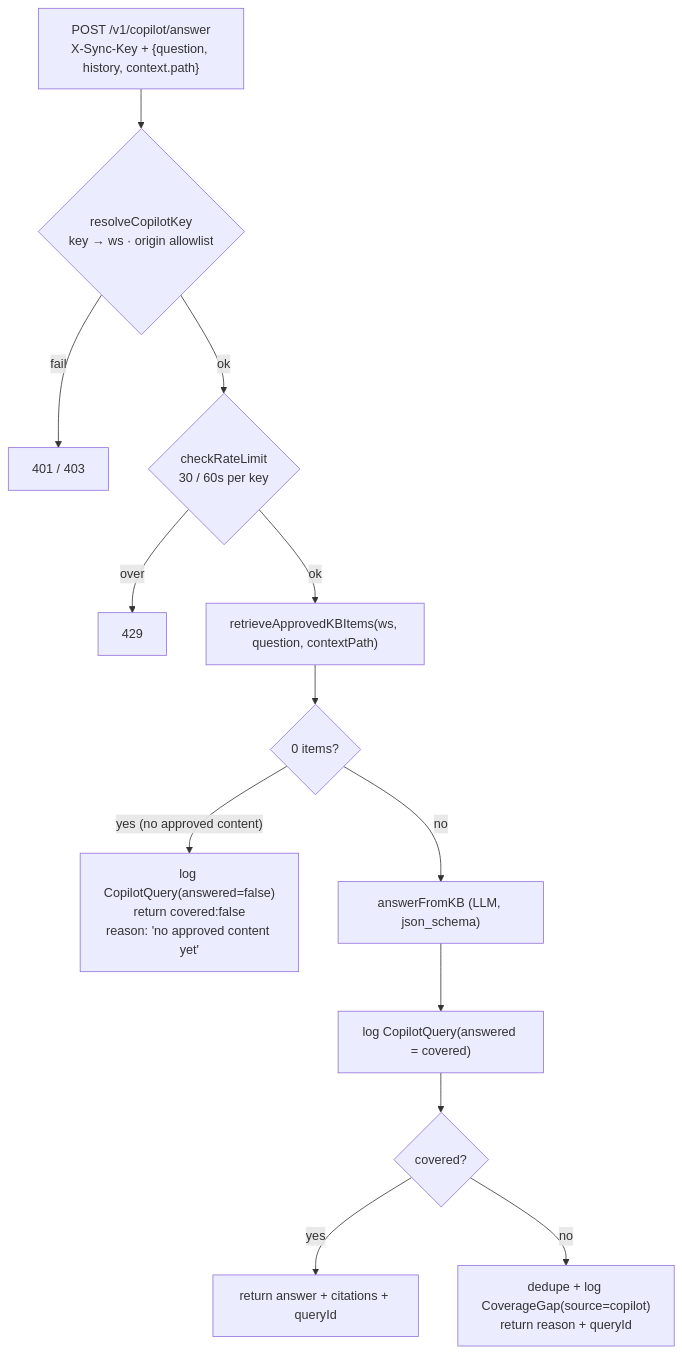
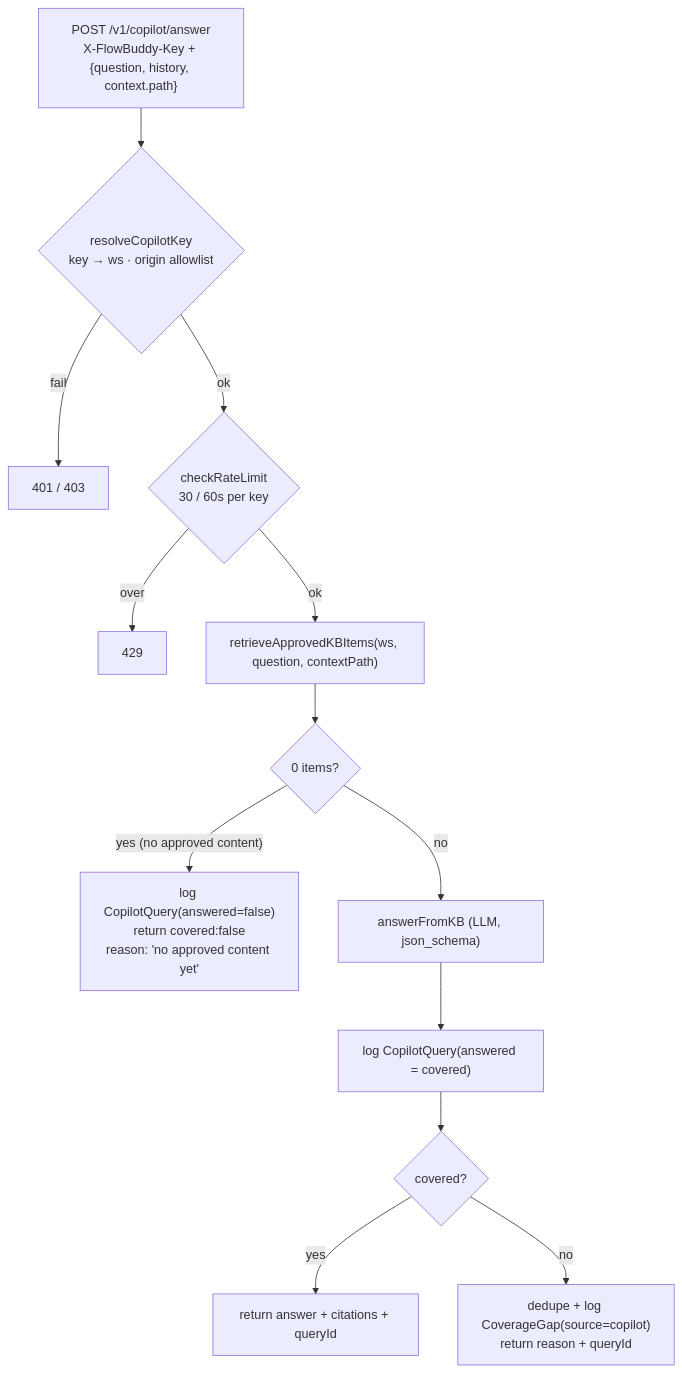
The diagram in docs/internals/copilot.md (himanshu3553/flowbuddy), drawn with Mermaid before and after one commit. The commit also changed other lines of this file and 168 other files, not shown here.

First line of the commit message:
rebrand: rename Sync → FlowBuddy across code, embed contract, infra, and docs

````diff
--- a/docs/internals/copilot.md
+++ b/docs/internals/copilot.md
@@ -63,15 +63,15 @@
 ```mermaid
 flowchart TD
-    Q["POST /v1/copilot/answer<br/>X-Sync-Key + {question, history, context.path}"] --> AUTH
+    Q["POST /v1/copilot/answer<br/>X-FlowBuddy-Key + {question, history, context.path}"] --> AUTH
     AUTH{"resolveCopilotKey<br/>key → ws · origin allowlist"} -- fail --> E1["401 / 403"]
     AUTH -- ok --> RL{"checkRateLimit<br/>30 / 60s per key"}
     RL -- over --> E2["429"]
     RL -- ok --> RET["retrieveApprovedKBItems(ws, question, contextPath)"]
     RET --> Z{"0 items?"}
     Z -- "yes (no approved content)" --> NP["log CopilotQuery(answered=false)<br/>return covered:false<br/>reason: 'no approved content yet'"]
     Z -- no --> ANS["answerFromKB (LLM, json_schema)"]
     ANS --> LOG["log CopilotQuery(answered = covered)"]
     LOG --> C{"covered?"}
     C -- yes --> OK["return answer + citations + queryId"]
     C -- no --> GAP["dedupe + log CoverageGap(source=copilot)<br/>return reason + queryId"]
 ```
````
